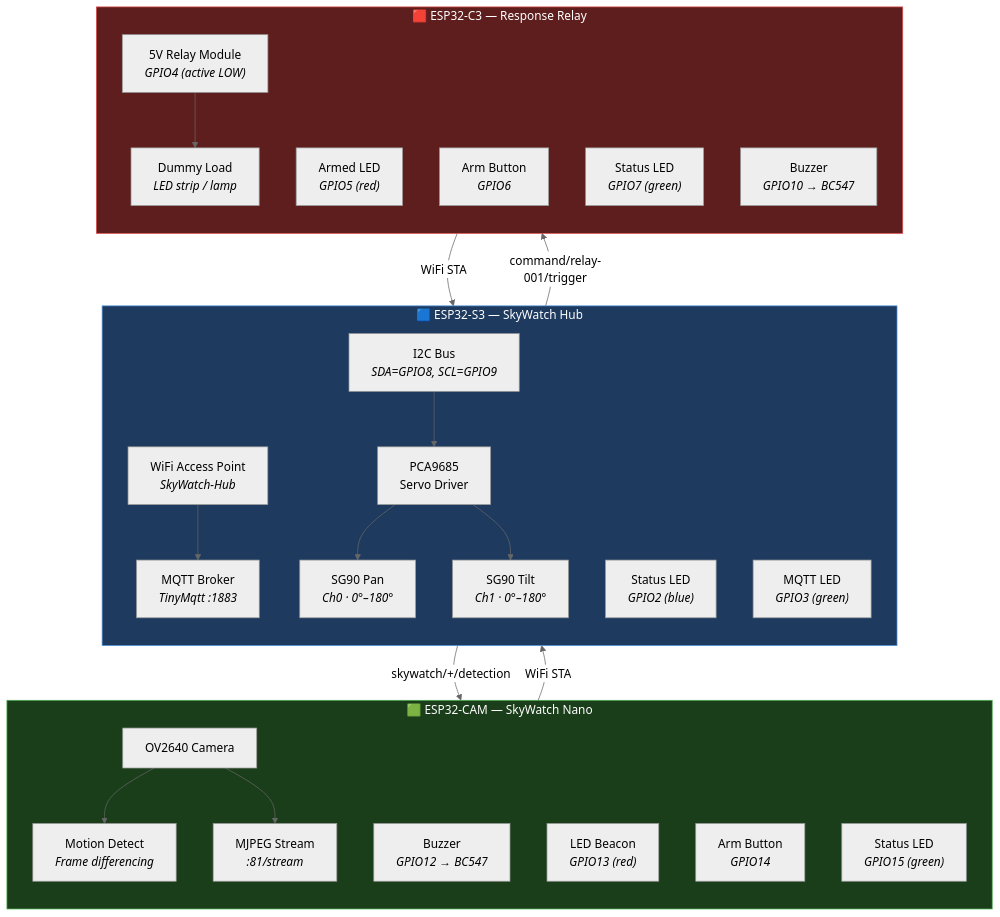
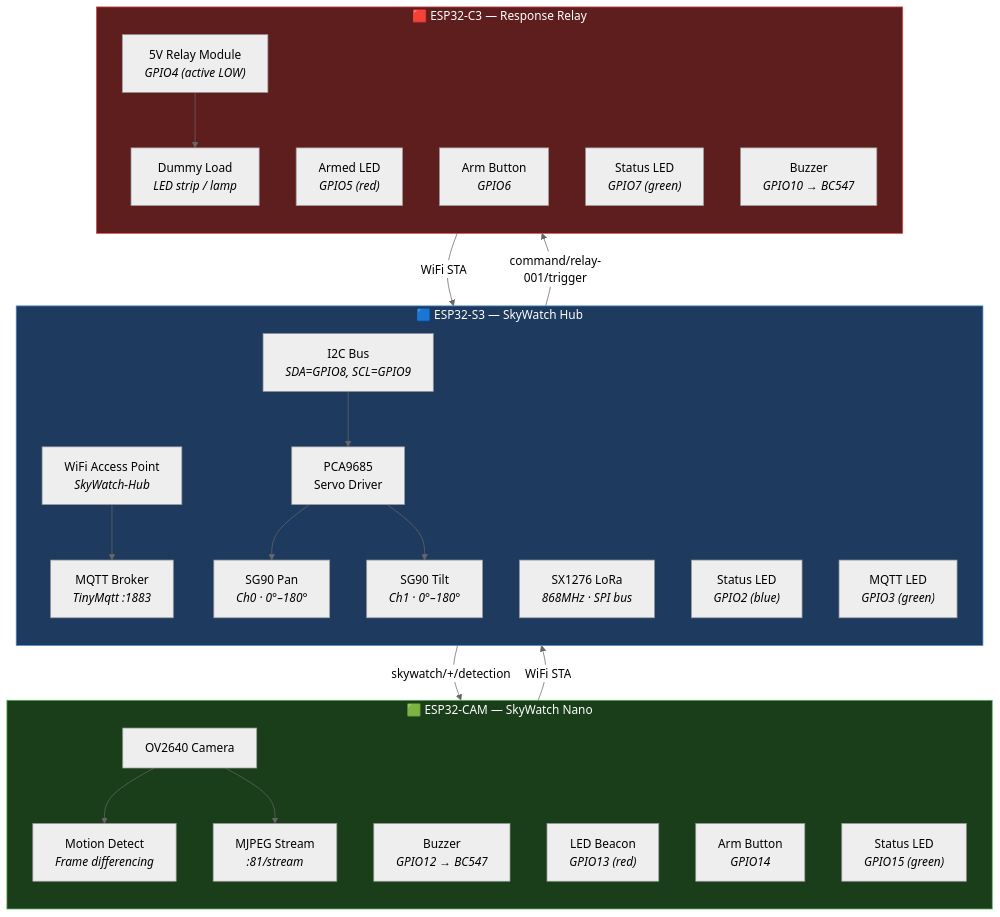
Before and after one commit to Nexamesh/nexamesh-core: the first of 6 diagrams in apps/docs/docs/technical/hardware/phase1/wiring-diagrams.md, drawn with Mermaid (neutral theme). The commit also changed other lines of this file and 3 other files, not shown here.

````diff
--- a/apps/docs/docs/technical/hardware/phase1/wiring-diagrams.md
+++ b/apps/docs/docs/technical/hardware/phase1/wiring-diagrams.md
@@ -32,51 +32,52 @@
 ```mermaid
 graph TB
     subgraph HUB["🟦 ESP32-S3 — SkyWatch Hub"]
         direction TB
         AP["WiFi Access Point<br/><i>SkyWatch-Hub</i>"]
         BROKER["MQTT Broker<br/><i>TinyMqtt :1883</i>"]
         I2C["I2C Bus<br/><i>SDA=GPIO8, SCL=GPIO9</i>"]
         PCA["PCA9685<br/>Servo Driver"]
         PAN["SG90 Pan<br/><i>Ch0 · 0°–180°</i>"]
         TILT["SG90 Tilt<br/><i>Ch1 · 0°–180°</i>"]
+        LORA["SX1276 LoRa<br/><i>868MHz · SPI bus</i>"]
         HLED1["Status LED<br/><i>GPIO2 (blue)</i>"]
         HLED2["MQTT LED<br/><i>GPIO3 (green)</i>"]
     end
 
     subgraph CAM["🟩 ESP32-CAM — SkyWatch Nano"]
         direction TB
         OV2640["OV2640 Camera"]
         MJPEG["MJPEG Stream<br/><i>:81/stream</i>"]
         DETECT["Motion Detect<br/><i>Frame differencing</i>"]
         BUZZ1["Buzzer<br/><i>GPIO12 → BC547</i>"]
         BEACON["LED Beacon<br/><i>GPIO13 (red)</i>"]
         BTN1["Arm Button<br/><i>GPIO14</i>"]
         CLED["Status LED<br/><i>GPIO15 (green)</i>"]
     end
 
     subgraph RELAY["🟥 ESP32-C3 — Response Relay"]
         direction TB
         RLY["5V Relay Module<br/><i>GPIO4 (active LOW)</i>"]
         LOAD["Dummy Load<br/><i>LED strip / lamp</i>"]
         ARMED_LED["Armed LED<br/><i>GPIO5 (red)</i>"]
         BTN2["Arm Button<br/><i>GPIO6</i>"]
         RLED["Status LED<br/><i>GPIO7 (green)</i>"]
         BUZZ2["Buzzer<br/><i>GPIO10 → BC547</i>"]
     end
 
     CAM -- "WiFi STA" --> AP
     RELAY -- "WiFi STA" --> AP
     AP --> BROKER
     BROKER -- "skywatch/+/detection" --> DETECT
     BROKER -- "command/relay-001/trigger" --> RLY
     I2C --> PCA
     PCA --> PAN
     PCA --> TILT
     OV2640 --> DETECT
     OV2640 --> MJPEG
     RLY --> LOAD
 
     style HUB fill:#1e3a5f,stroke:#4a90d9,color:#fff
     style CAM fill:#1a3d1a,stroke:#4caf50,color:#fff
     style RELAY fill:#5f1e1e,stroke:#d94a4a,color:#fff
 ```
````
